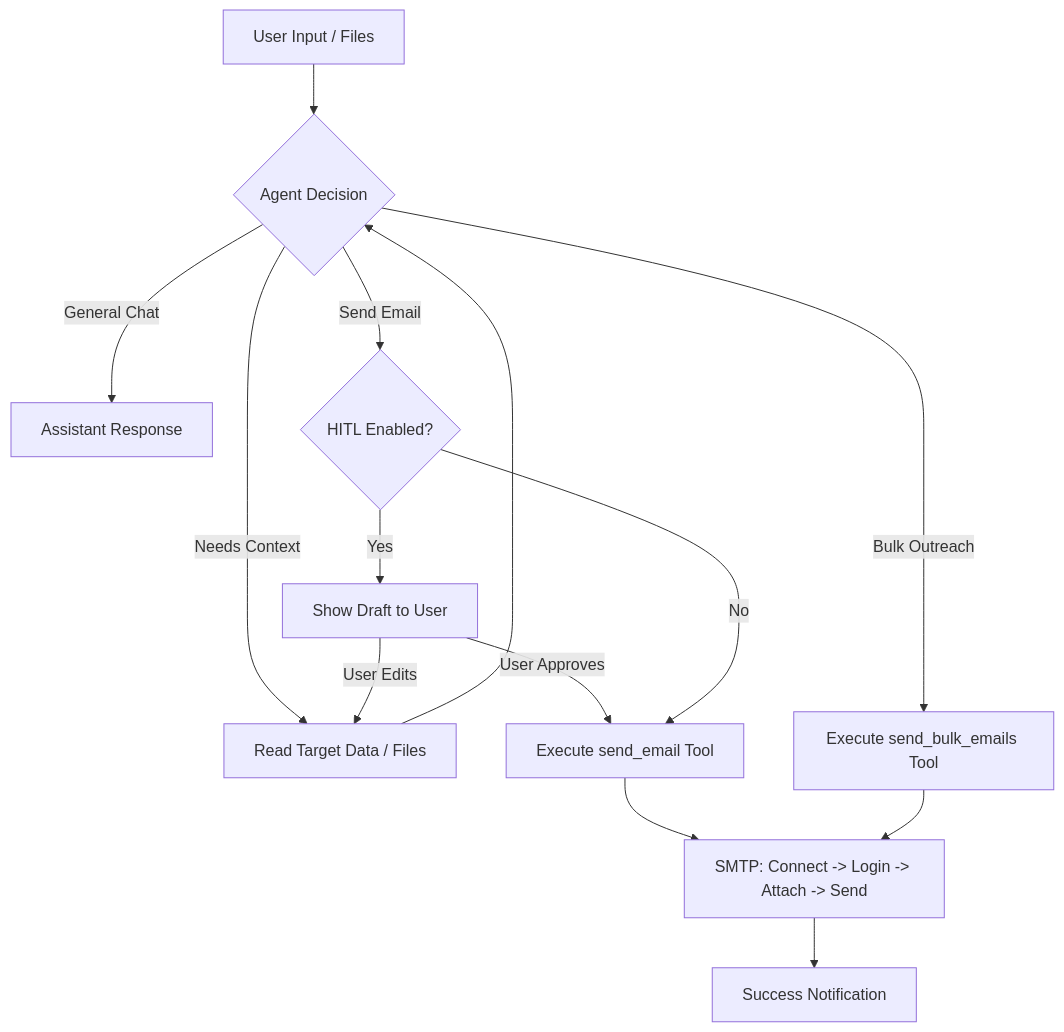
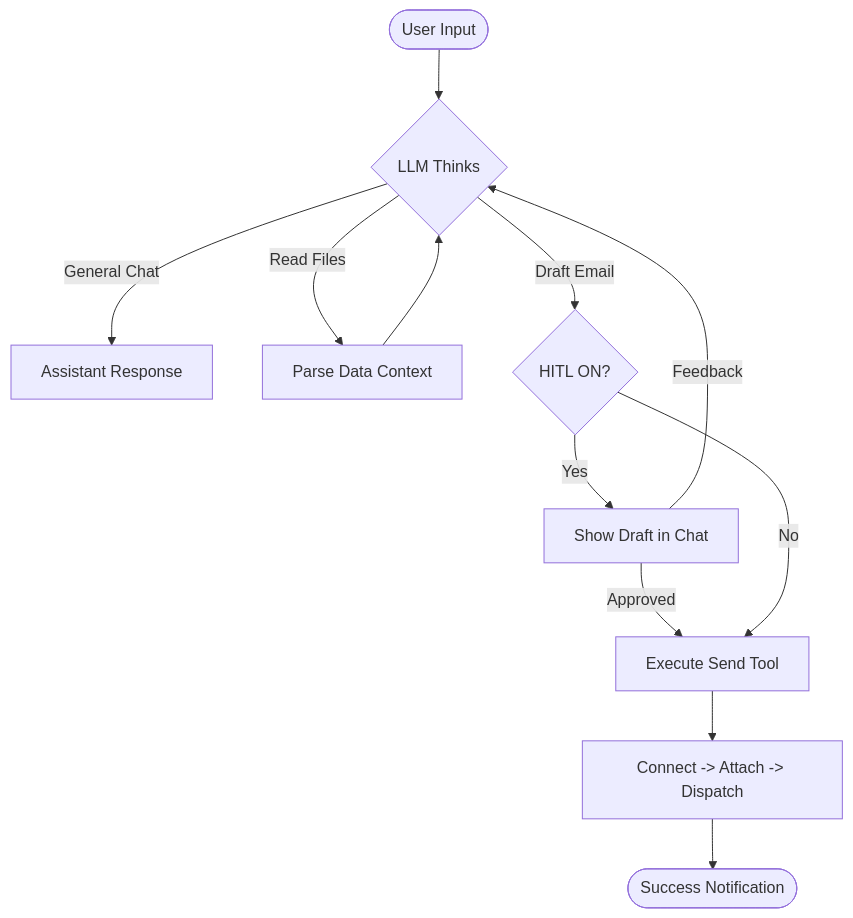
One commit to Nikhil-AI-Labs/Email-Agent changed the diagram in README.md. Above: the diagram before and after it, drawn with Mermaid. The commit also changed other lines of this file, not shown here.

````diff
--- a/README.md
+++ b/README.md
@@ -21,16 +32,14 @@
 ```mermaid
-graph TD
-    A[User Input / Files] --> B{Agent Decision}
-    B -- General Chat --> C[Assistant Response]
-    B -- Needs Context --> D[Read Target Data / Files]
-    D --> B
-    B -- Send Email --> E{HITL Enabled?}
-    E -- Yes --> F[Show Draft to User]
-    F -- User Approves --> G[Execute send_email Tool]
-    F -- User Edits --> D
-    E -- No --> G
-    B -- Bulk Outreach --> H[Execute send_bulk_emails Tool]
-    G --> I[SMTP: Connect -> Login -> Attach -> Send]
-    H --> I
-    I --> J[Success Notification]
+flowchart TD
+    Start([User Input]) --> Think{LLM Thinks}
+    Think -->|General Chat| Respond[Assistant Response]
+    Think -->|Read Files| Context[Parse Data Context]
+    Context --> Think
+    Think -->|Draft Email| HITL{HITL ON?}
+    HITL -->|Yes| Review[Show Draft in Chat]
+    Review -->|Feedback| Think
+    Review -->|Approved| Tool[Execute Send Tool]
+    HITL -->|No| Tool
+    Tool --> SMTP[Connect -> Attach -> Dispatch]
+    SMTP --> Success([Success Notification])
 ```
````
